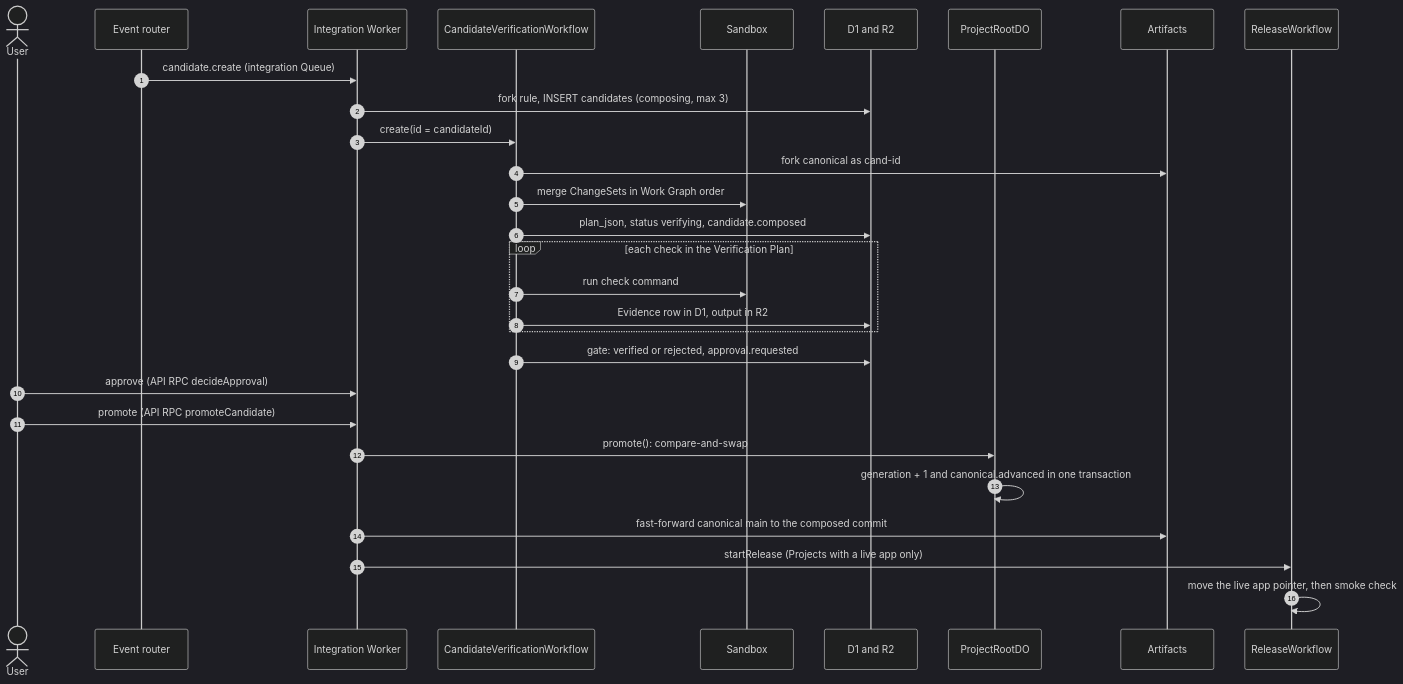
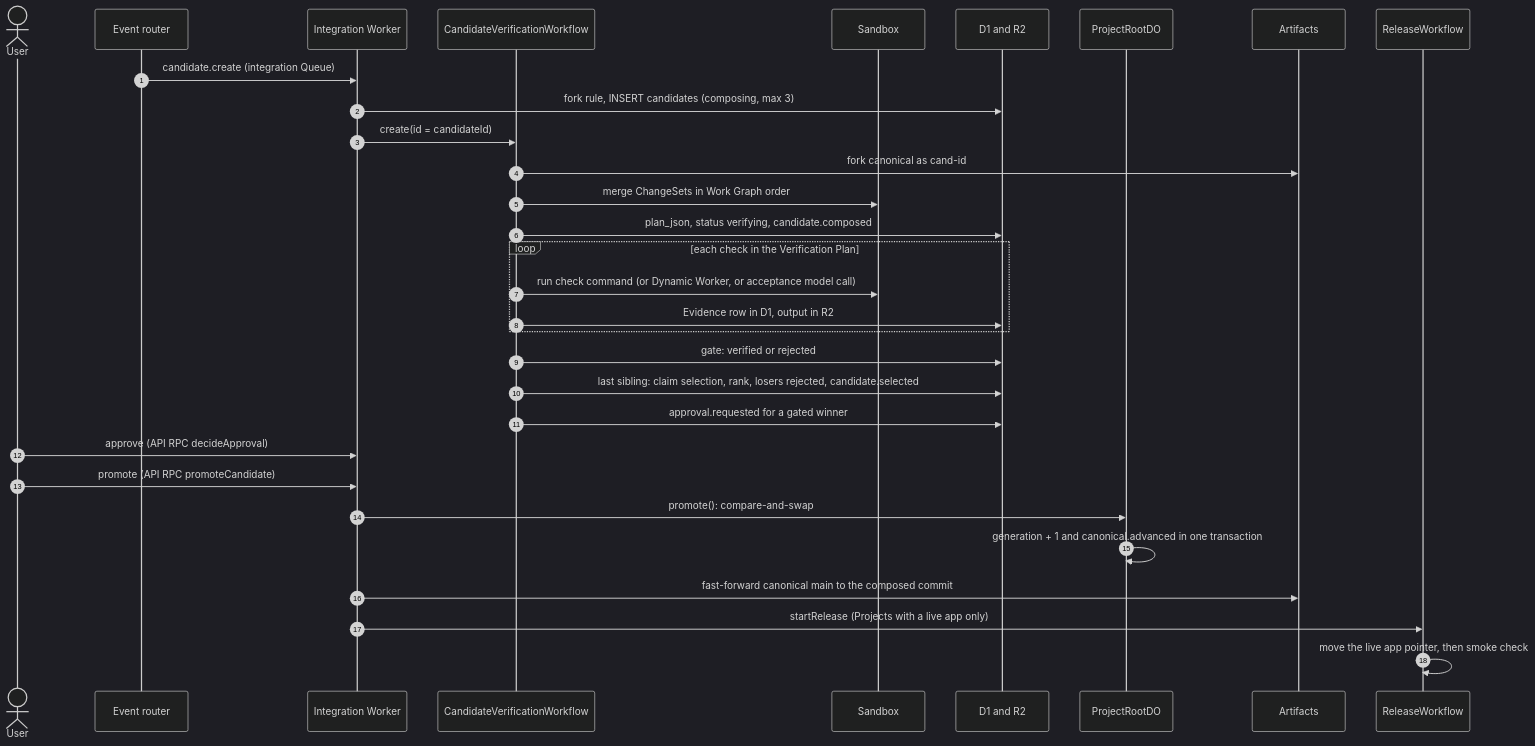
One commit to nsudhanva/rhumbatron changed the third of 7 diagrams in docs/architecture/change-lifecycle.md. Above: the diagram before and after it, drawn with Mermaid (dark theme). The commit also changed other lines of this file and 37 other files, not shown here.

````diff
--- a/docs/architecture/change-lifecycle.md
+++ b/docs/architecture/change-lifecycle.md
@@ -113,32 +126,34 @@
 ```mermaid
 sequenceDiagram
   autonumber
   actor User
   participant ER as Event router
   participant INT as Integration Worker
   participant VW as CandidateVerificationWorkflow
   participant SBX as Sandbox
   participant D1 as D1 and R2
   participant Root as ProjectRootDO
   participant Art as Artifacts
   participant RW as ReleaseWorkflow
 
   ER->>INT: candidate.create (integration Queue)
   INT->>D1: fork rule, INSERT candidates (composing, max 3)
   INT->>VW: create(id = candidateId)
   VW->>Art: fork canonical as cand-id
   VW->>SBX: merge ChangeSets in Work Graph order
   VW->>D1: plan_json, status verifying, candidate.composed
   loop each check in the Verification Plan
-    VW->>SBX: run check command
+    VW->>SBX: run check command (or Dynamic Worker, or acceptance model call)
     VW->>D1: Evidence row in D1, output in R2
   end
-  VW->>D1: gate: verified or rejected, approval.requested
+  VW->>D1: gate: verified or rejected
+  VW->>D1: last sibling: claim selection, rank, losers rejected, candidate.selected
+  VW->>D1: approval.requested for a gated winner
   User->>INT: approve (API RPC decideApproval)
   User->>INT: promote (API RPC promoteCandidate)
   INT->>Root: promote(): compare-and-swap
   Root->>Root: generation + 1 and canonical.advanced in one transaction
   INT->>Art: fast-forward canonical main to the composed commit
   INT->>RW: startRelease (Projects with a live app only)
   RW->>RW: move the live app pointer, then smoke check
 ```
````
